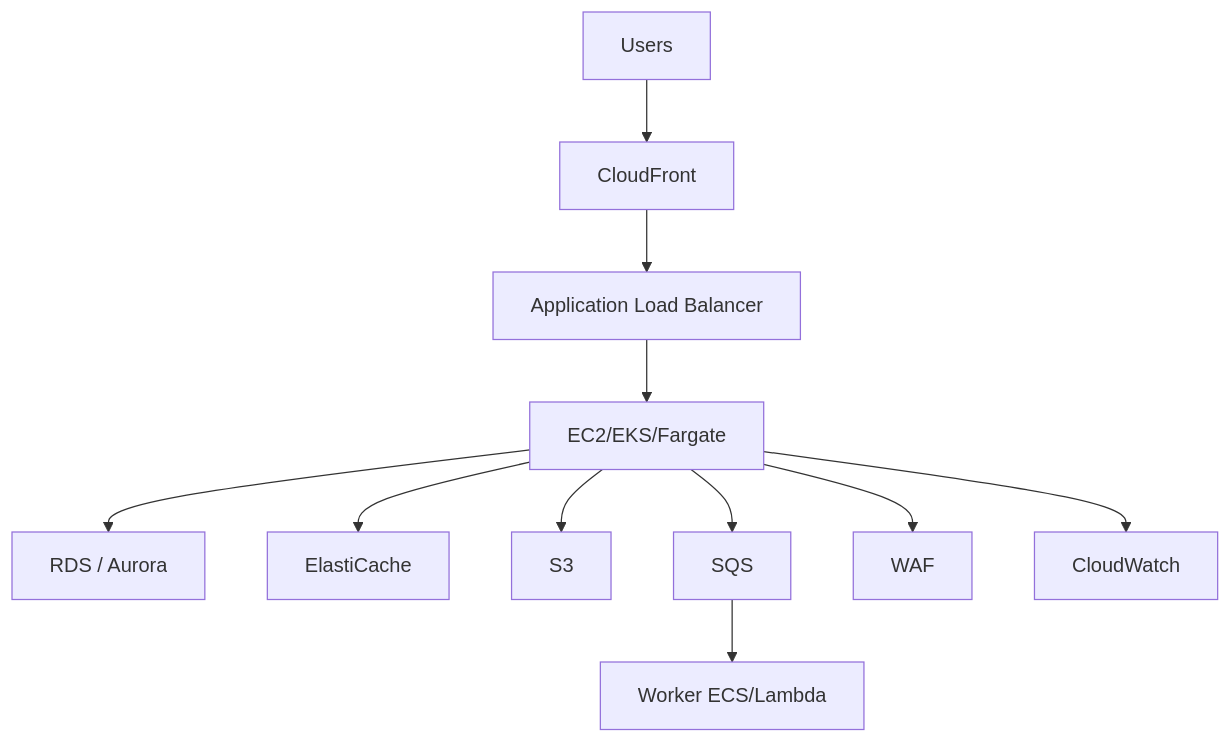
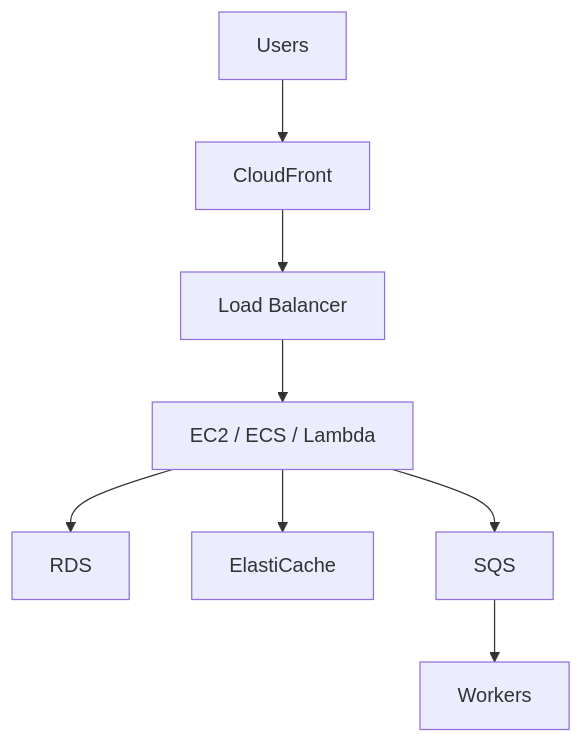
Diagram 17 of 25 in ARCHITECTURE.md (quesiblaq442-del/architecture-diagram), drawn with Mermaid before and after one commit. The commit also changed other lines of this file, not shown here.

````diff
--- a/ARCHITECTURE.md
+++ b/ARCHITECTURE.md
@@ -397,13 +489,10 @@
 ```mermaid
 graph TB
-    User["Users"] --> CF["CloudFront"]
-    CF --> ALB["Application Load Balancer"]
-    ALB --> EC2["EC2/EKS/Fargate"]
-    EC2 --> RDS["RDS / Aurora"]
-    EC2 --> Redis["ElastiCache"]
-    EC2 --> S3["S3"]
-    EC2 --> SQS["SQS"]
-    SQS --> Worker["Worker ECS/Lambda"]
-    EC2 --> WAF["WAF"]
-    EC2 --> CloudWatch["CloudWatch"]
+    Users["Users"] --> CF["CloudFront"]
+    CF --> ALB["Load Balancer"]
+    ALB --> App["EC2 / ECS / Lambda"]
+    App --> RDS["RDS"]
+    App --> Redis["ElastiCache"]
+    App --> SQS["SQS"]
+    SQS --> Worker["Workers"]
 ```
````
